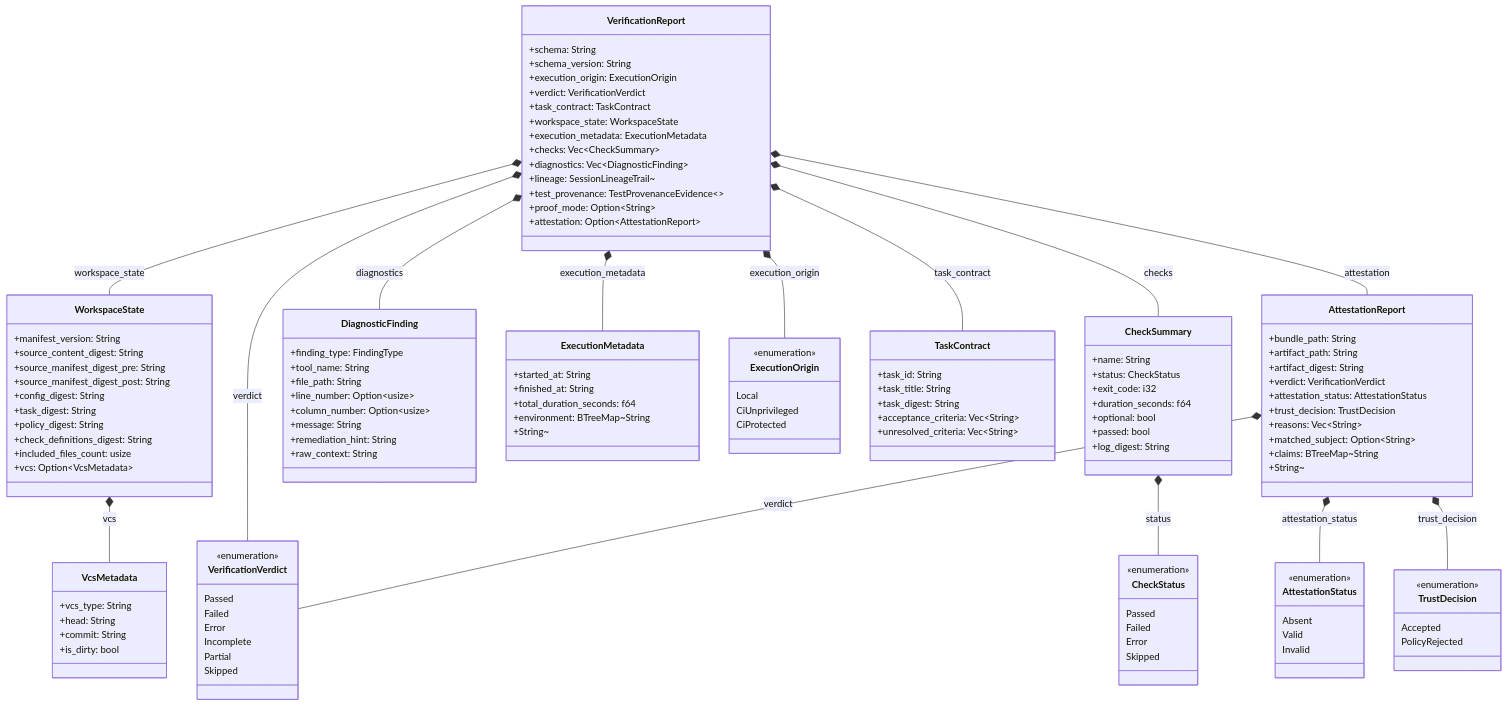
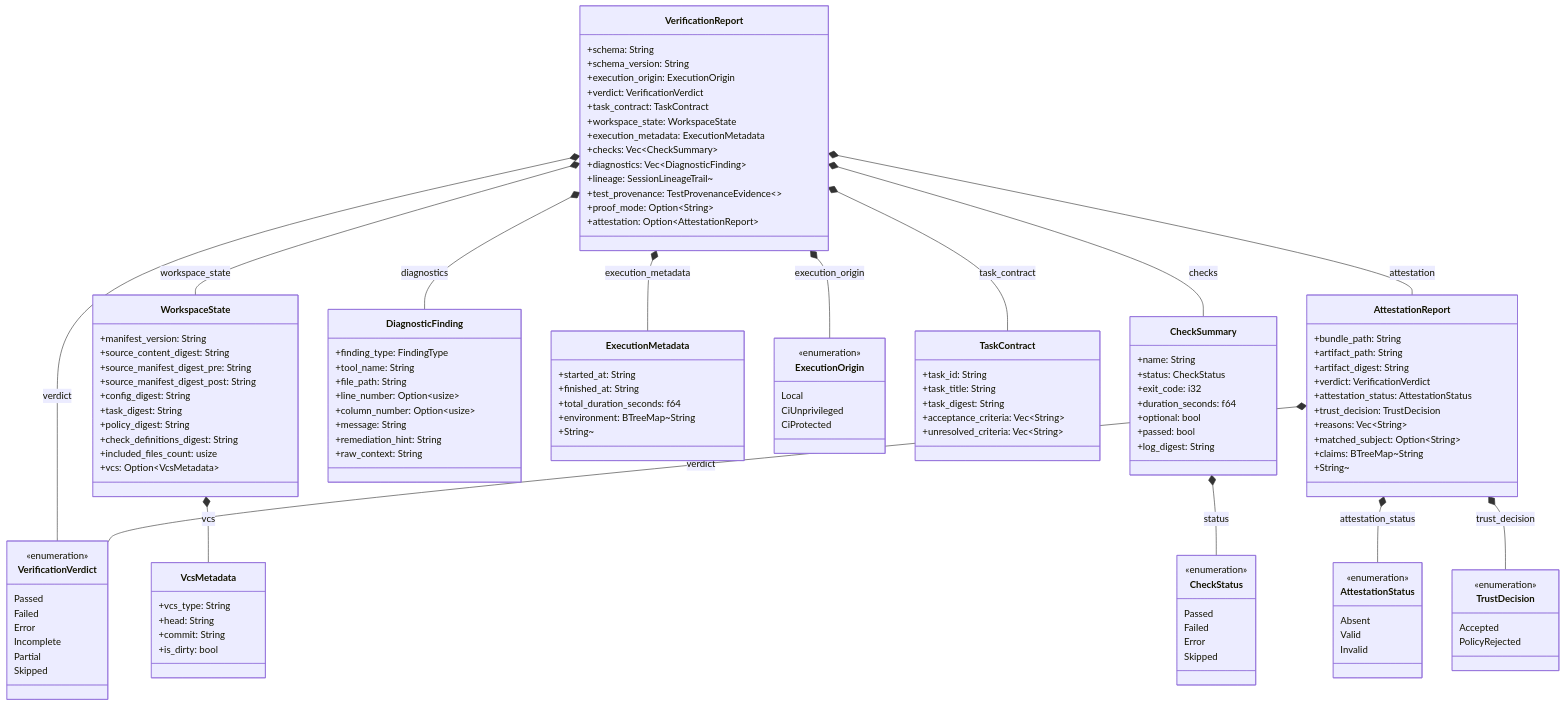
The diagram in docs/architecture/evidence.md (rolfmadsen/xgauntlet), drawn with Mermaid before and after one commit. The commit also changed other lines of this file and 12 other files, not shown here.

````diff
--- a/docs/architecture/evidence.md
+++ b/docs/architecture/evidence.md
@@ -137,9 +137,6 @@
     }
 
     WorkspaceState *-- VcsMetadata : vcs
-    AttestationReport *-- VerificationVerdict : verdict
-    AttestationReport *-- AttestationStatus : attestation_status
-    AttestationReport *-- TrustDecision : trust_decision
     VerificationReport *-- ExecutionOrigin : execution_origin
     VerificationReport *-- VerificationVerdict : verdict
     VerificationReport *-- TaskContract : task_contract
@@ -149,4 +146,7 @@
     VerificationReport *-- DiagnosticFinding : diagnostics
     VerificationReport *-- AttestationReport : attestation
     CheckSummary *-- CheckStatus : status
+    AttestationReport *-- VerificationVerdict : verdict
+    AttestationReport *-- AttestationStatus : attestation_status
+    AttestationReport *-- TrustDecision : trust_decision
 ```
````
